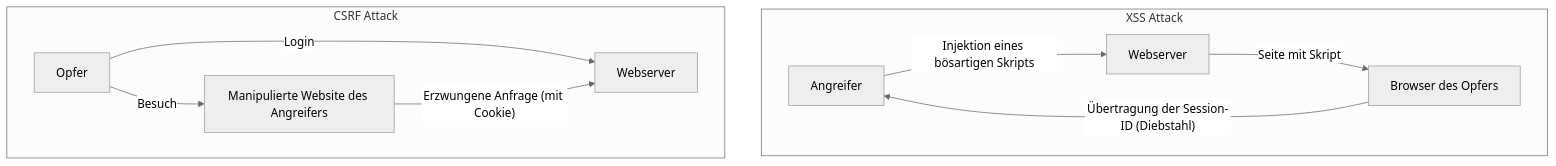
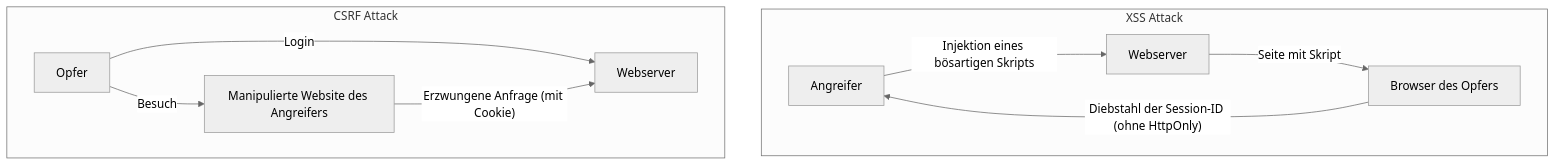
Before and after one commit to kenjinote/blog: the diagram in content/post/cross-site-scripting-xss-csrf-security/index.de.md, drawn with Mermaid (neutral theme). The commit also changed other lines of this file and 21 other files, not shown here.

````diff
--- a/content/post/cross-site-scripting-xss-csrf-security/index.de.md
+++ b/content/post/cross-site-scripting-xss-csrf-security/index.de.md
@@ -134,14 +137,14 @@
 ```mermaid
 graph TD
     subgraph XSS Attack
         A["Angreifer"] -- "Injektion eines bösartigen Skripts" --> B["Webserver"]
         B -- "Seite mit Skript" --> C["Browser des Opfers"]
-        C -- "Übertragung der Session-ID (Diebstahl)" --> A
+        C -- "Diebstahl der Session-ID (ohne HttpOnly)" --> A
     end
 
     subgraph CSRF Attack
         D["Opfer"] -- "Login" --> E["Webserver"]
         D -- "Besuch" --> F["Manipulierte Website des Angreifers"]
         F -- "Erzwungene Anfrage (mit Cookie)" --> E
     end
 ```
````
